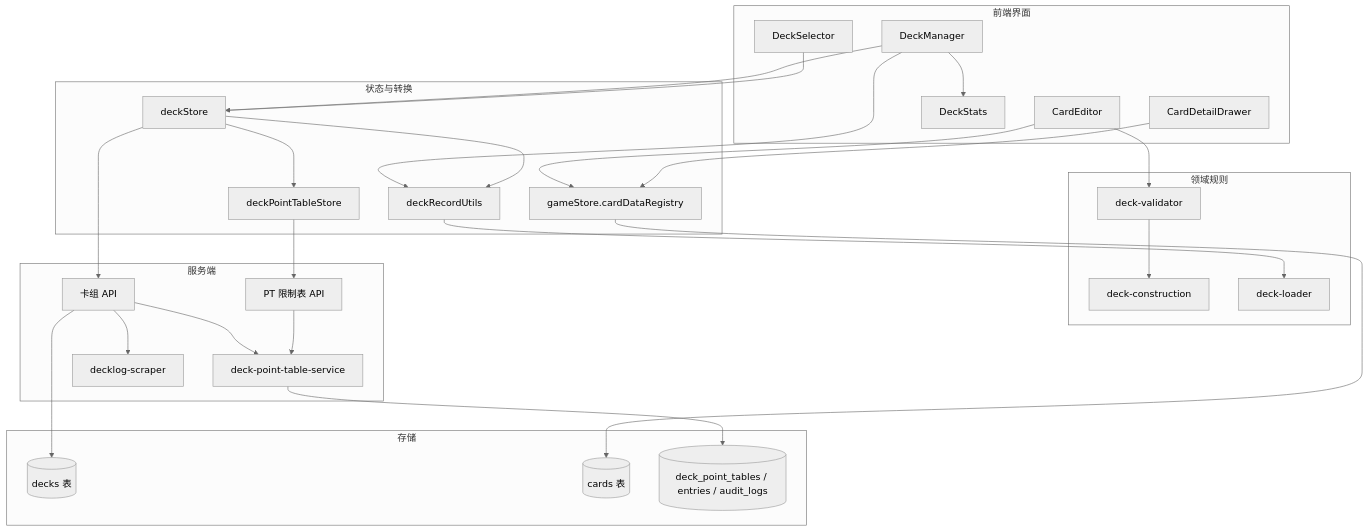
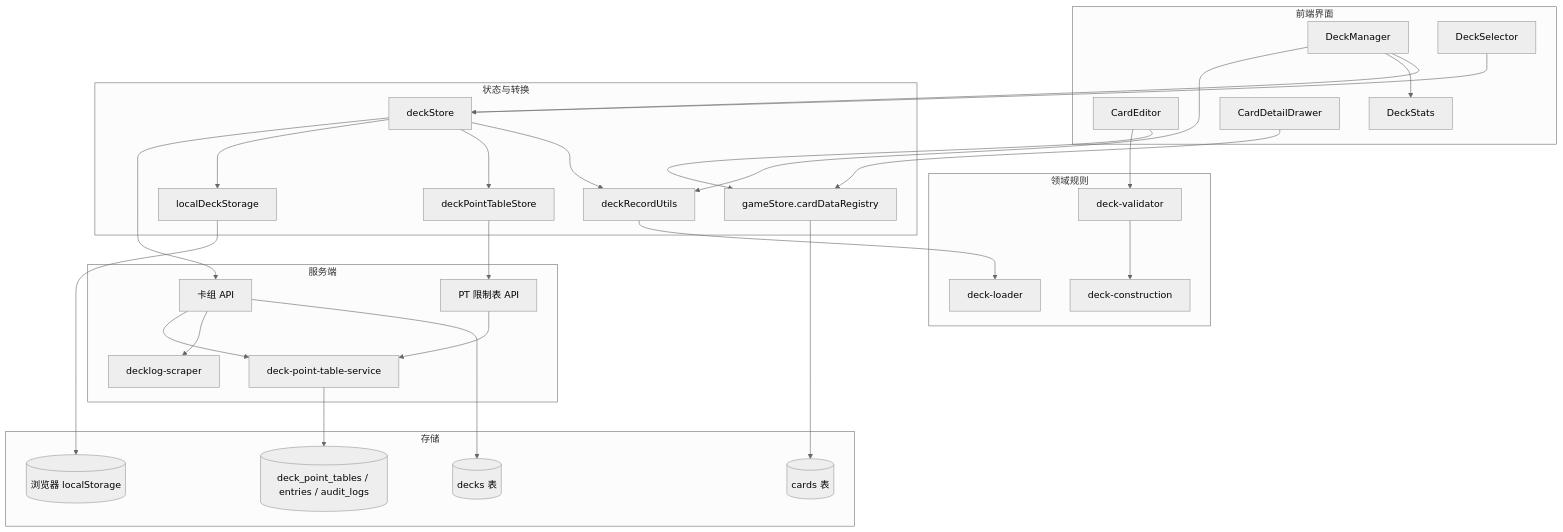
The first of 3 diagrams in docs/deck-management/design.md (catmeow123456/loveca-dev), drawn with Mermaid (neutral theme) before and after one commit. The commit also changed other lines of this file and 26 other files, not shown here.

````diff
--- a/docs/deck-management/design.md
+++ b/docs/deck-management/design.md
@@ -22,56 +22,60 @@
 ```mermaid
 flowchart TB
     subgraph Frontend["前端界面"]
         Manager[DeckManager]
         Editor[CardEditor]
         Stats[DeckStats]
         Selector[DeckSelector]
         Detail[CardDetailDrawer]
     end
 
     subgraph State["状态与转换"]
         DeckStore[deckStore]
         PointStore[deckPointTableStore]
         Converter[deckRecordUtils]
+        LocalAdapter[localDeckStorage]
         Registry[gameStore.cardDataRegistry]
     end
 
     subgraph Domain["领域规则"]
         Validator[deck-validator]
         Construction[deck-construction]
         Loader[deck-loader]
     end
 
     subgraph Backend["服务端"]
         DeckRoutes[卡组 API]
         PointRoutes[PT 限制表 API]
         PointService[deck-point-table-service]
         DeckLog[decklog-scraper]
     end
 
     subgraph Storage["存储"]
+        BrowserStorage[(浏览器 localStorage)]
         Decks[(decks 表)]
         Cards[(cards 表)]
         PointTables[(deck_point_tables / entries / audit_logs)]
     end
 
     Manager --> DeckStore
     Manager --> Stats
     Manager --> Converter
     Editor --> Registry
     Editor --> Validator
     Selector --> DeckStore
     Detail --> Registry
     DeckStore --> Converter
     DeckStore --> PointStore
+    DeckStore --> LocalAdapter
+    LocalAdapter --> BrowserStorage
     Converter --> Loader
     DeckStore --> DeckRoutes
     DeckRoutes --> Decks
     DeckRoutes --> DeckLog
     DeckRoutes --> PointService
     PointStore --> PointRoutes
     PointRoutes --> PointService
     PointService --> PointTables
     Registry --> Cards
     Validator --> Construction
 ```
````
